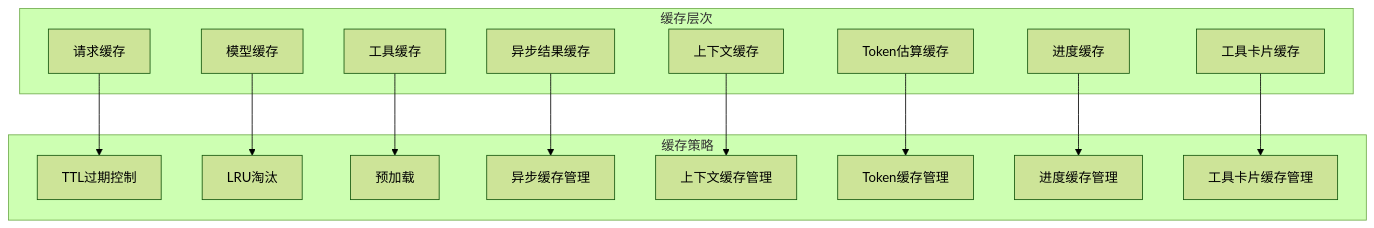
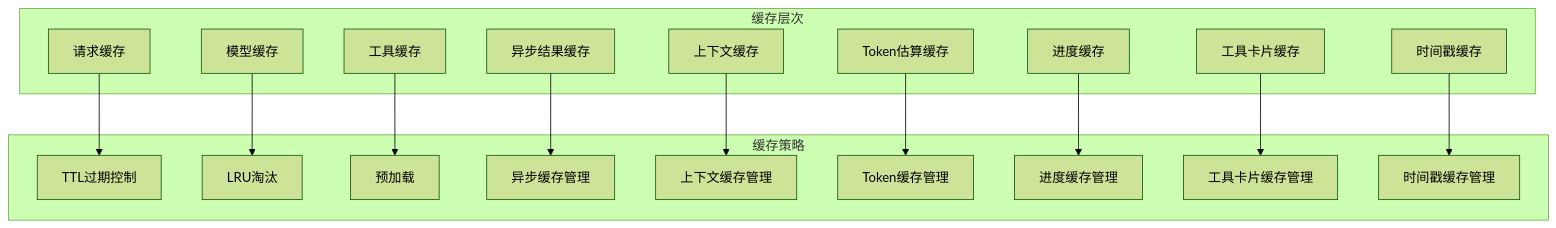
Before and after one commit to maomao94/zero-service: diagram 29 of 30 in .qoder/repowiki/zh/content/AI聊天服务迁移指南.md, drawn with Mermaid (forest theme). The commit also changed other lines of this file and 59 other files, not shown here.

````diff
--- a/.qoder/repowiki/zh/content/AI聊天服务迁移指南.md
+++ b/.qoder/repowiki/zh/content/AI聊天服务迁移指南.md
@@ -1412,31 +1521,34 @@
 ```mermaid
 graph TB
 subgraph "缓存层次"
 RequestCache[请求缓存]
 ModelCache[模型缓存]
 ToolCache[工具缓存]
 AsyncCache[异步结果缓存]
 ContextCache[上下文缓存]
 TokenCache[Token估算缓存]
 ProgressCache[进度缓存]
 ToolCardCache[工具卡片缓存]
+TimePrecisionCache[时间戳缓存]
 end
 subgraph "缓存策略"
 TTL[TTL过期控制]
 Eviction[LRU淘汰]
 Prefetch[预加载]
 AsyncTTL[异步缓存管理]
 ContextTTL[上下文缓存管理]
 TokenTTL[Token缓存管理]
 ProgressTTL[进度缓存管理]
 ToolCardTTL[工具卡片缓存管理]
+TimePrecisionTTL[时间戳缓存管理]
 end
 RequestCache --> TTL
 ModelCache --> Eviction
 ToolCache --> Prefetch
 AsyncCache --> AsyncTTL
 ContextCache --> ContextTTL
 TokenCache --> TokenTTL
 ProgressCache --> ProgressTTL
 ToolCardCache --> ToolCardTTL
+TimePrecisionCache --> TimePrecisionTTL
 ```
````
